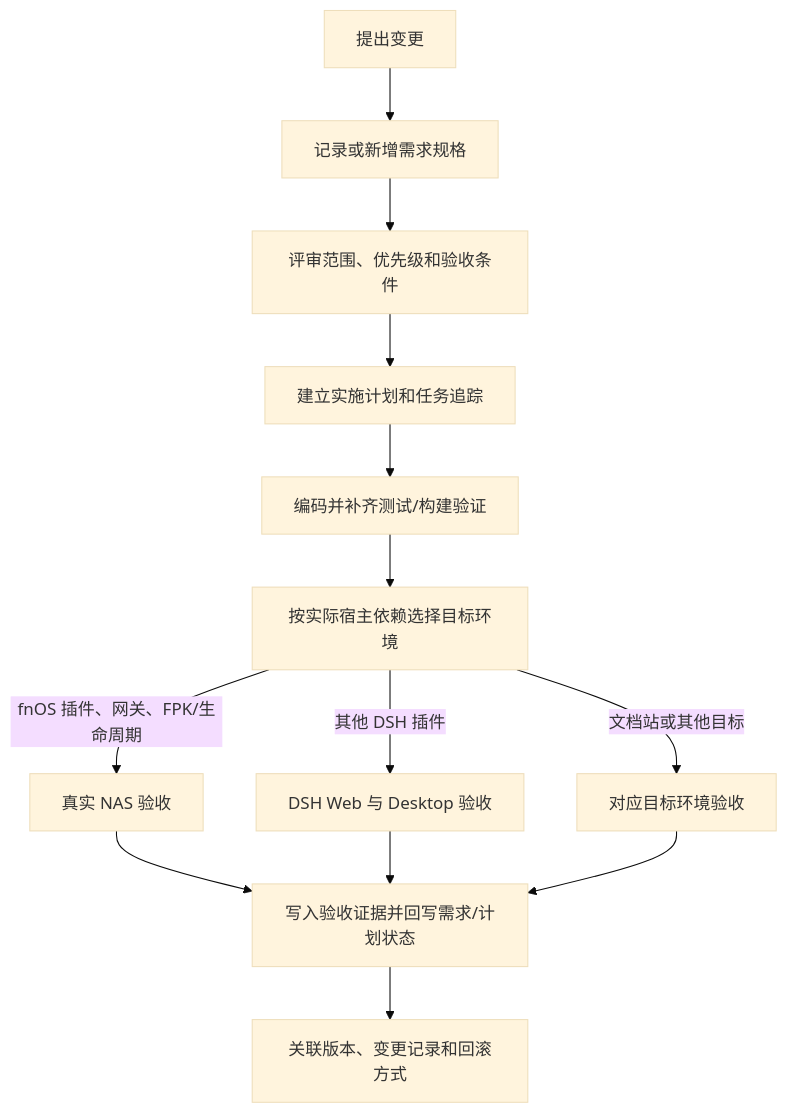
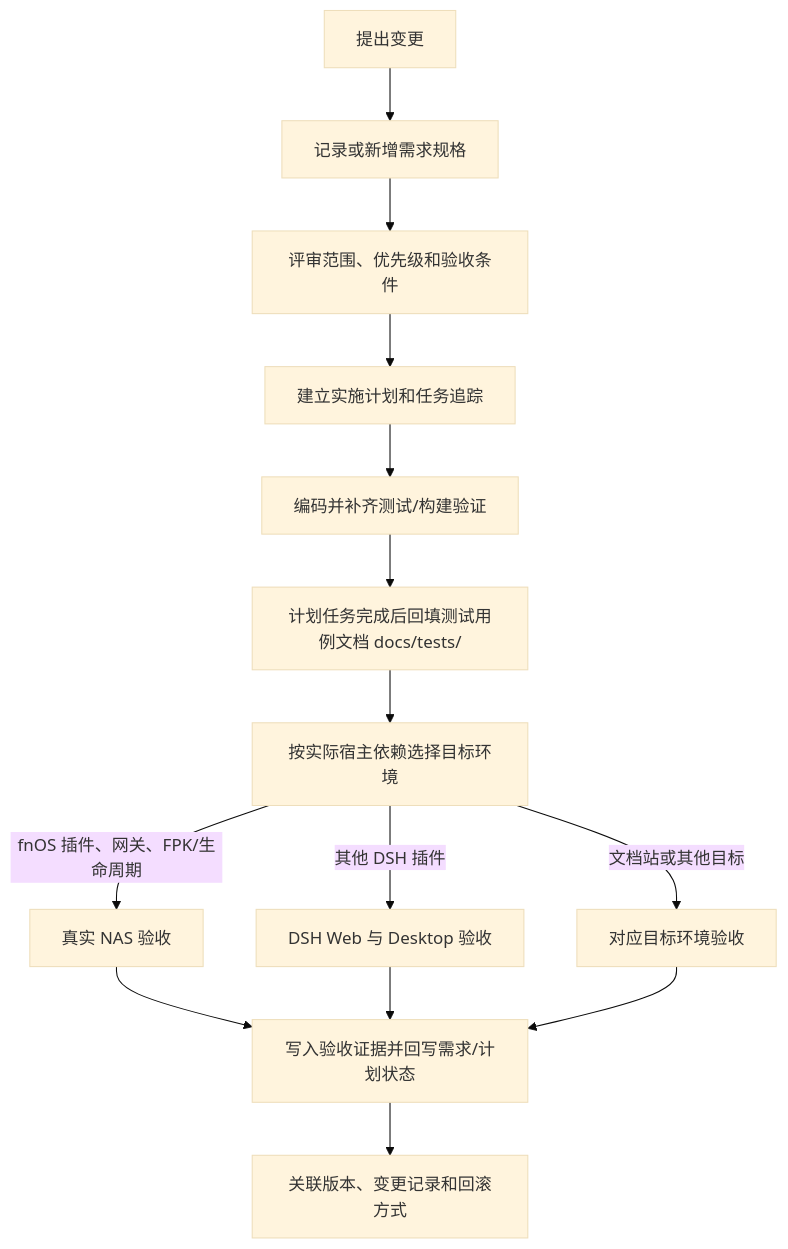
Before and after one commit to FNOSP/fnos-dsh: the first of 2 diagrams in docs/charter/sdd-workflow.md, drawn with Mermaid (base theme). The commit also changed other lines of this file and 10 other files, not shown here.

````diff
--- a/docs/charter/sdd-workflow.md
+++ b/docs/charter/sdd-workflow.md
@@ -38,15 +40,16 @@
 ```mermaid
 flowchart TD
   change["提出变更"] --> requirement["记录或新增需求规格"]
   requirement --> review["评审范围、优先级和验收条件"]
   review --> plan["建立实施计划和任务追踪"]
   plan --> implementation["编码并补齐测试/构建验证"]
-  implementation --> target["按实际宿主依赖选择目标环境"]
+  implementation --> testcases["计划任务完成后回填测试用例文档 docs/tests/"]
+  testcases --> target["按实际宿主依赖选择目标环境"]
   target -->|fnOS 插件、网关、FPK/生命周期| nas["真实 NAS 验收"]
   target -->|其他 DSH 插件| client["DSH Web 与 Desktop 验收"]
   target -->|文档站或其他目标| other["对应目标环境验收"]
   nas --> evidence["写入验收证据并回写需求/计划状态"]
   client --> evidence
   other --> evidence
   evidence --> release["关联版本、变更记录和回滚方式"]
 ```
````
